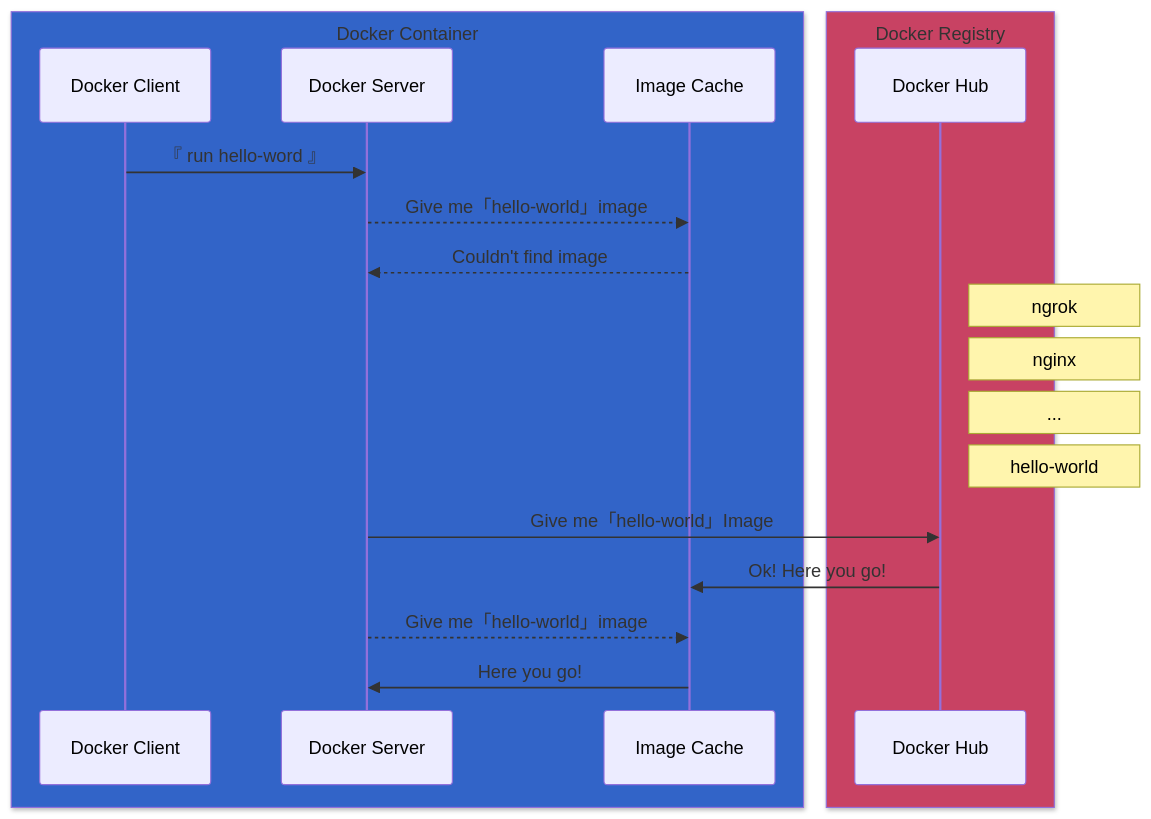
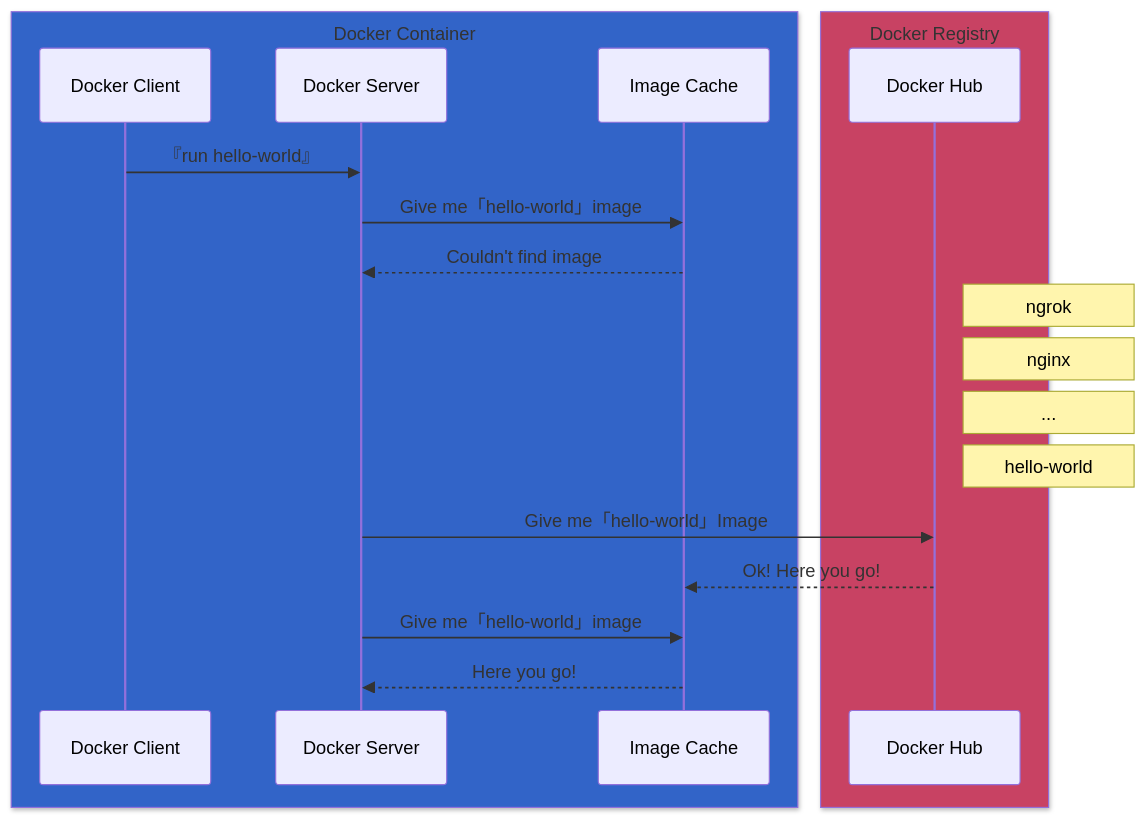
Before and after one commit to ChiuWeiChung/notes-markdown: the third of 8 diagrams in Docker/1-why_use_docker.md, drawn with Mermaid. The commit also changed other lines of this file and 43 other files, not shown here.

````diff
--- a/Docker/1-why_use_docker.md
+++ b/Docker/1-why_use_docker.md
@@ -142,24 +137,26 @@
 ```mermaid
 sequenceDiagram
     box rgb(50,100,200) Docker Container
-    participant Docker Client
-    participant Docker Server
-    participant Image Cache
-    end
-    box rgb(200,66,99) Docker Registry
-    participant Docker Hub
+        participant DockerClient as Docker Client
+        participant DockerServer as Docker Server
+        participant ImageCache as Image Cache
     end
 
-    Docker Client->>Docker Server:『 run hello-word 』
-    Docker Server-->>Image Cache: Give me「hello-world」image
-    Image Cache-->> Docker Server: Couldn't find image
+    box rgb(200,66,99) Docker Registry
+        participant DockerHub as Docker Hub
+    end
 
-    Note right of Docker Hub: ngrok
-    Note right of Docker Hub: nginx
-    Note right of Docker Hub: ...
-    Note right of Docker Hub: hello-world
-    Docker Server->>Docker Hub: Give me「hello-world」Image
-    Docker Hub->>Image Cache: Ok! Here you go!
-    Docker Server-->>Image Cache: Give me「hello-world」image
-    Image Cache->>Docker Server: Here you go!
+    DockerClient->>DockerServer: 『run hello-world』
+    DockerServer->>ImageCache: Give me「hello-world」image
+    ImageCache-->>DockerServer: Couldn't find image
+
+    Note right of DockerHub: ngrok
+    Note right of DockerHub: nginx
+    Note right of DockerHub: ...
+    Note right of DockerHub: hello-world
+
+    DockerServer->>DockerHub: Give me「hello-world」Image
+    DockerHub-->>ImageCache: Ok! Here you go!
+    DockerServer->>ImageCache: Give me「hello-world」image
+    ImageCache-->>DockerServer: Here you go!
 ```
````
